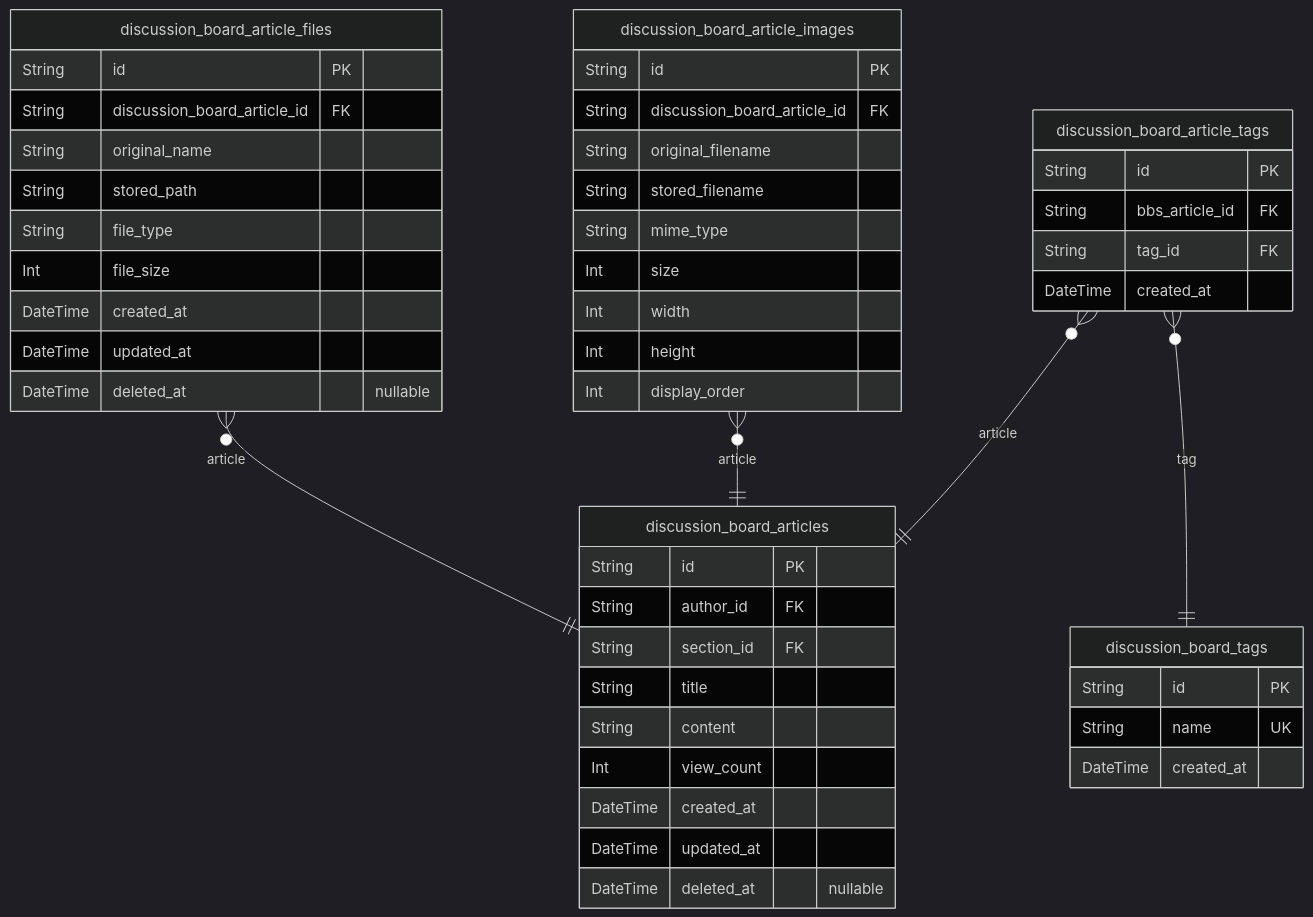
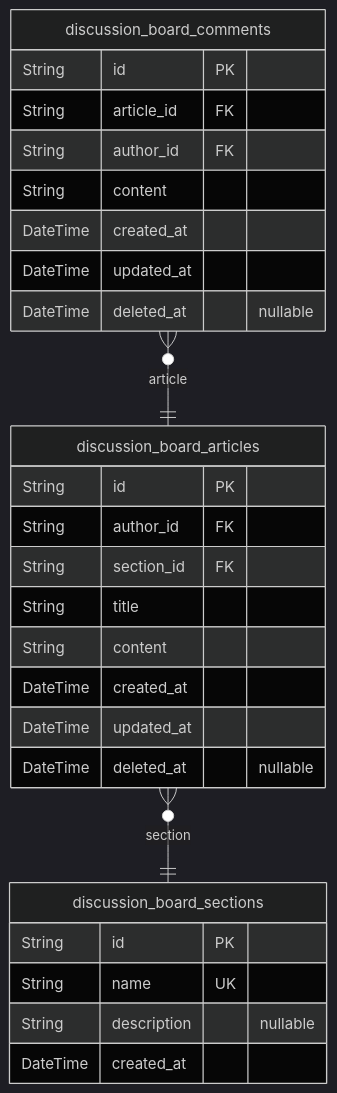
One commit to wrtnlabs/autobe-examples changed the second of 4 diagrams in qwen/qwen3-coder-next/bbs/docs/ERD.md. Above: the diagram before and after it, drawn with Mermaid (dark theme). The commit also changed other lines of this file and 25939 other files, not shown here.

````diff
--- a/qwen/qwen3-coder-next/bbs/docs/ERD.md
+++ b/qwen/qwen3-coder-next/bbs/docs/ERD.md
@@ -675,51 +502,30 @@
 ```mermaid
 erDiagram
+"discussion_board_sections" {
+  String id PK
+  String name UK
+  String description "nullable"
+  DateTime created_at
+}
 "discussion_board_articles" {
   String id PK
   String author_id FK
   String section_id FK
   String title
   String content
-  Int view_count
   DateTime created_at
   DateTime updated_at
   DateTime deleted_at "nullable"
 }
-"discussion_board_article_files" {
+"discussion_board_comments" {
   String id PK
-  String discussion_board_article_id FK
-  String original_name
-  String stored_path
-  String file_type
-  Int file_size
+  String article_id FK
+  String author_id FK
+  String content
   DateTime created_at
   DateTime updated_at
   DateTime deleted_at "nullable"
 }
-"discussion_board_article_images" {
-  String id PK
-  String discussion_board_article_id FK
-  String original_filename
-  String stored_filename
-  String mime_type
-  Int size
-  Int width
-  Int height
-  Int display_order
-}
-"discussion_board_tags" {
-  String id PK
-  String name UK
-  DateTime created_at
-}
-"discussion_board_article_tags" {
-  String id PK
-  String bbs_article_id FK
-  String tag_id FK
-  DateTime created_at
-}
-"discussion_board_article_files" }o--|| "discussion_board_articles" : article
-"discussion_board_article_images" }o--|| "discussion_board_articles" : article
-"discussion_board_article_tags" }o--|| "discussion_board_articles" : article
-"discussion_board_article_tags" }o--|| "discussion_board_tags" : tag
+"discussion_board_articles" }o--|| "discussion_board_sections" : section
+"discussion_board_comments" }o--|| "discussion_board_articles" : article
 ```
````
